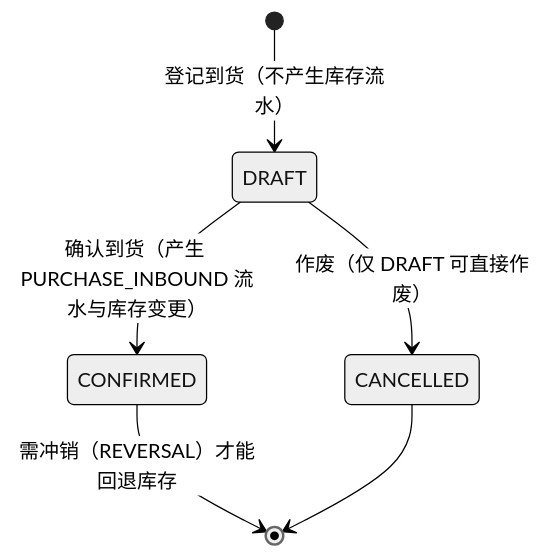
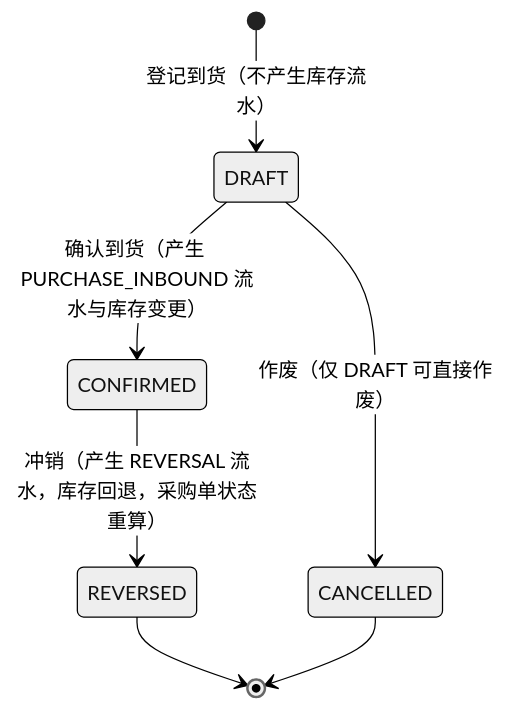
The third of 3 diagrams in docs/05-workflows/PURCHASING_WORKFLOW.md (xy98773-jpg/shoppilot-ai), drawn with Mermaid (neutral theme) before and after one commit. The commit also changed other lines of this file and 3 other files, not shown here.

````diff
--- a/docs/05-workflows/PURCHASING_WORKFLOW.md
+++ b/docs/05-workflows/PURCHASING_WORKFLOW.md
@@ -178,8 +178,9 @@
 ```mermaid
 stateDiagram-v2
     [*] --> DRAFT : 登记到货（不产生库存流水）
     DRAFT --> CONFIRMED : 确认到货（产生 PURCHASE_INBOUND 流水与库存变更）
     DRAFT --> CANCELLED : 作废（仅 DRAFT 可直接作废）
-    CONFIRMED --> [*] : 需冲销（REVERSAL）才能回退库存
+    CONFIRMED --> REVERSED : 冲销（产生 REVERSAL 流水，库存回退，采购单状态重算）
+    REVERSED --> [*]
     CANCELLED --> [*]
 ```
````
